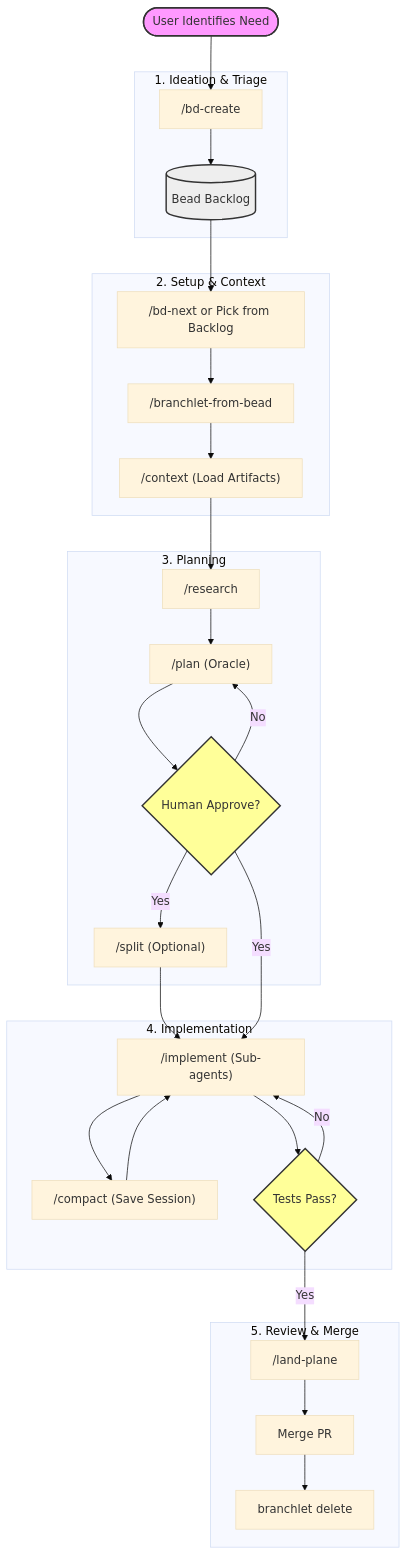
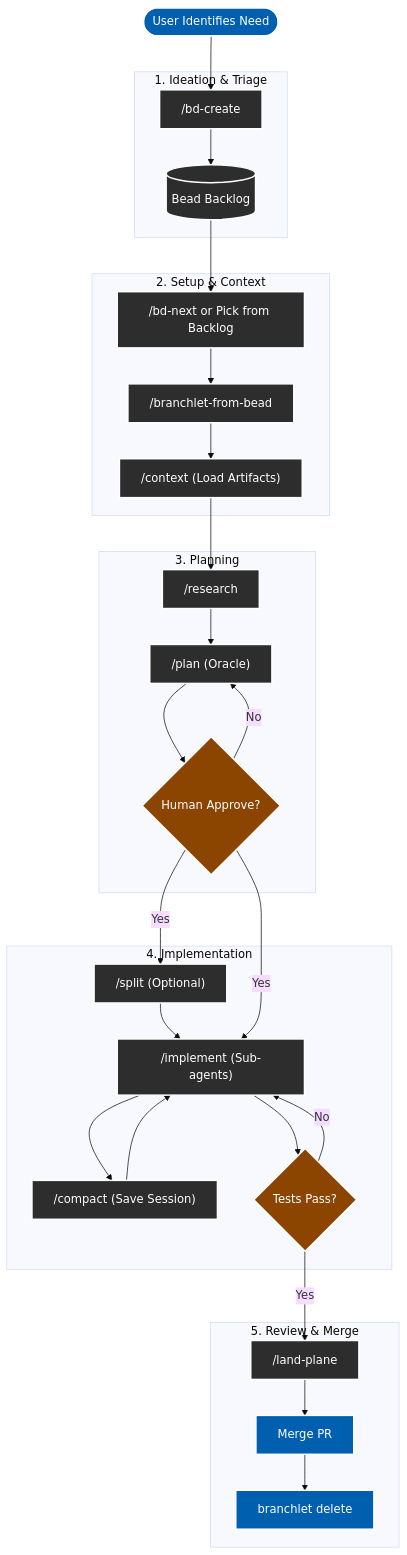
The diagram in AGENTIC_WORKFLOW.md (lleewwiiss/amp-maestro), drawn with Mermaid (base theme) before and after one commit. The commit also changed 1 other file, not shown here.

Commit message:
docs: add dark-mode friendly mermaid diagrams

````diff
--- a/AGENTIC_WORKFLOW.md
+++ b/AGENTIC_WORKFLOW.md
@@ -5,57 +5,60 @@
 ```mermaid
 graph TD
+    %% Styling for Dark Mode readability
+    classDef default fill:#2d2d2d,stroke:#fff,stroke-width:2px,color:#fff;
+    classDef decision fill:#8b4500,stroke:#fff,stroke-width:2px,color:#fff;
+    classDef startend fill:#005faf,stroke:#fff,stroke-width:2px,color:#fff;
+
     Start([User Identifies Need]) --> Ideation
     
     subgraph "1. Ideation & Triage"
         Ideation["/bd-create"]
         Backlog[("Bead Backlog")]
     end
     Ideation --> Backlog
     
     subgraph "2. Setup & Context"
         PickWork["/bd-next or Pick from Backlog"]
         Worktree["/branchlet-from-bead"]
         Context["/context (Load Artifacts)"]
     end
     Backlog --> PickWork
     PickWork --> Worktree
     Worktree --> Context
     
     subgraph "3. Planning"
         Research["/research"]
         Plan["/plan (Oracle)"]
         Approve{Human Approve?}
-        Split["/split (Optional)"]
     end
     Context --> Research
     Research --> Plan
     Plan --> Approve
     Approve -- No --> Plan
-    Approve -- Yes --> Split
     
     subgraph "4. Implementation"
+        Split["/split (Optional)"]
         Implement["/implement (Sub-agents)"]
         Compact["/compact (Save Session)"]
         Verify{Tests Pass?}
     end
+    Approve -- Yes --> Split
     Split --> Implement
     Approve -- Yes --> Implement
     Implement --> Compact
     Compact --> Implement
     Implement --> Verify
     Verify -- No --> Implement
     
     subgraph "5. Review & Merge"
         Land["/land-plane"]
         Merge[Merge PR]
         Cleanup["branchlet delete"]
     end
     Verify -- Yes --> Land
     Land --> Merge
     Merge --> Cleanup
     
-    style Start fill:#f9f,stroke:#333,stroke-width:2px
-    style Backlog fill:#eee,stroke:#333,stroke-width:2px
-    style Approve fill:#ff9,stroke:#333,stroke-width:2px
-    style Verify fill:#ff9,stroke:#333,stroke-width:2px
+    class Start,Merge,Cleanup startend;
+    class Approve,Verify decision;
 ```
````
